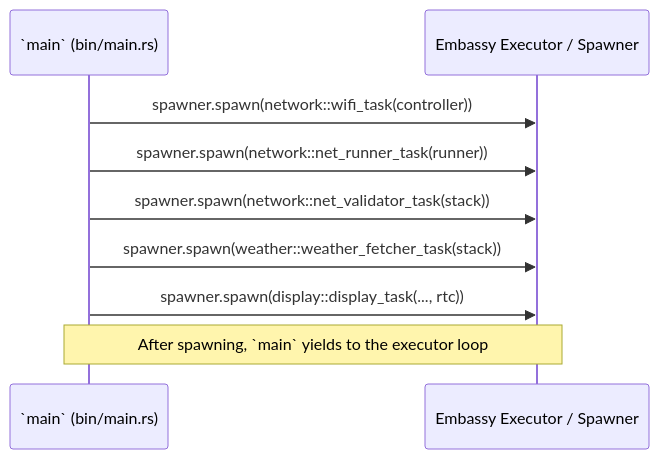
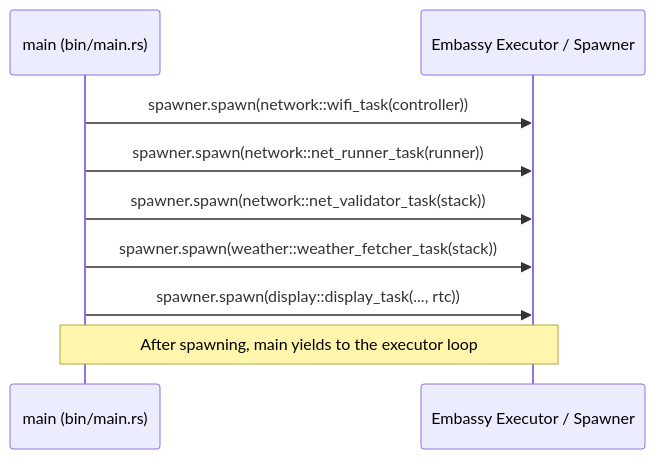
Before and after one commit to ScottCUSA/magtag_weatherstation_rs: the first of 2 diagrams in README.md, drawn with Mermaid. The commit also changed other lines of this file, not shown here.

````diff
--- a/README.md
+++ b/README.md
@@ -170,13 +170,13 @@
 ```mermaid
 sequenceDiagram
-   participant Main as `main` (bin/main.rs)
+   participant Main as main (bin/main.rs)
    participant Executor as Embassy Executor / Spawner
 
    Main->>Executor: spawner.spawn(network::wifi_task(controller))
    Main->>Executor: spawner.spawn(network::net_runner_task(runner))
    Main->>Executor: spawner.spawn(network::net_validator_task(stack))
    Main->>Executor: spawner.spawn(weather::weather_fetcher_task(stack))
    Main->>Executor: spawner.spawn(display::display_task(..., rtc))
 
-   Note over Main,Executor: After spawning, `main` yields to the executor loop
+   Note over Main,Executor: After spawning, main yields to the executor loop
 ```
````
